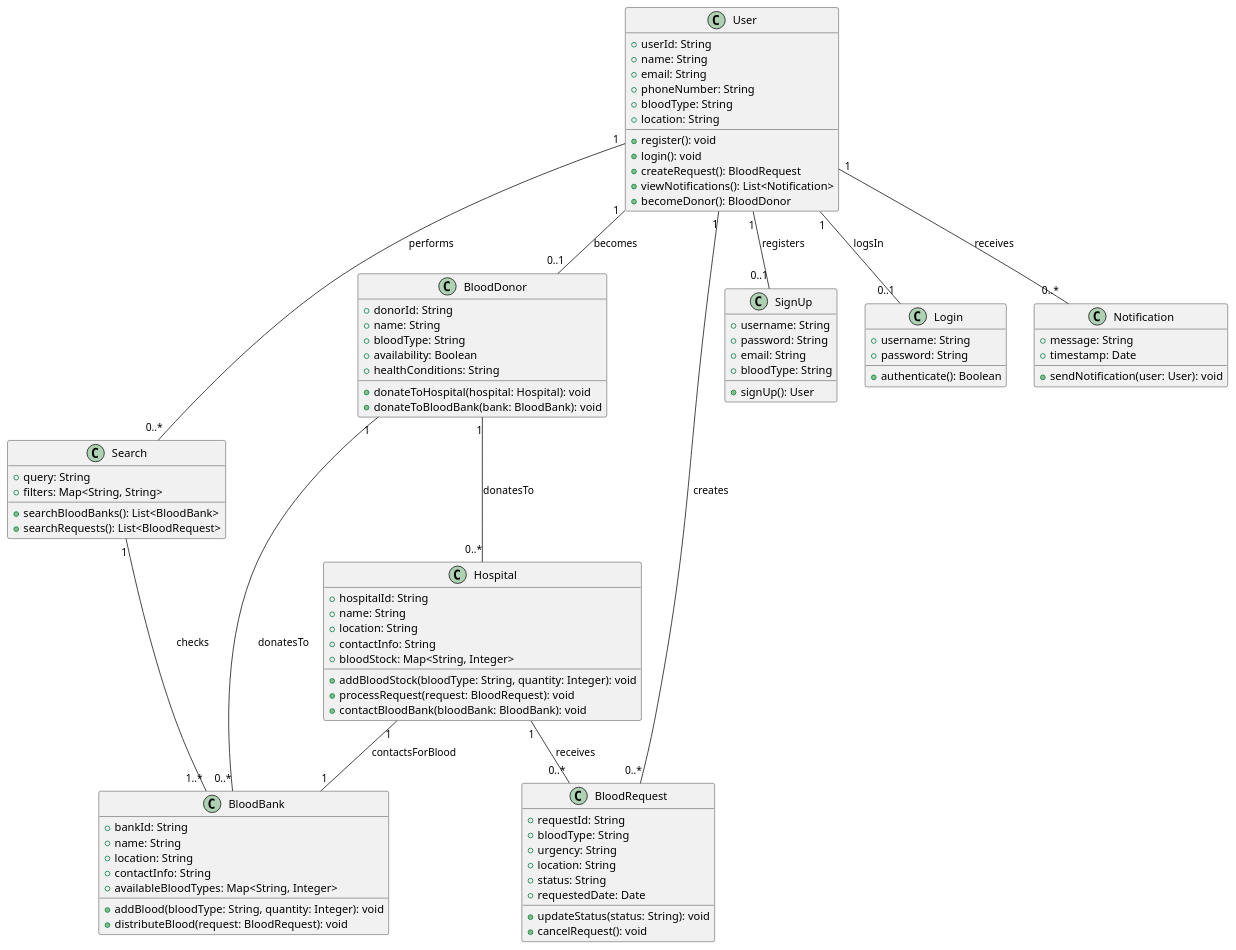
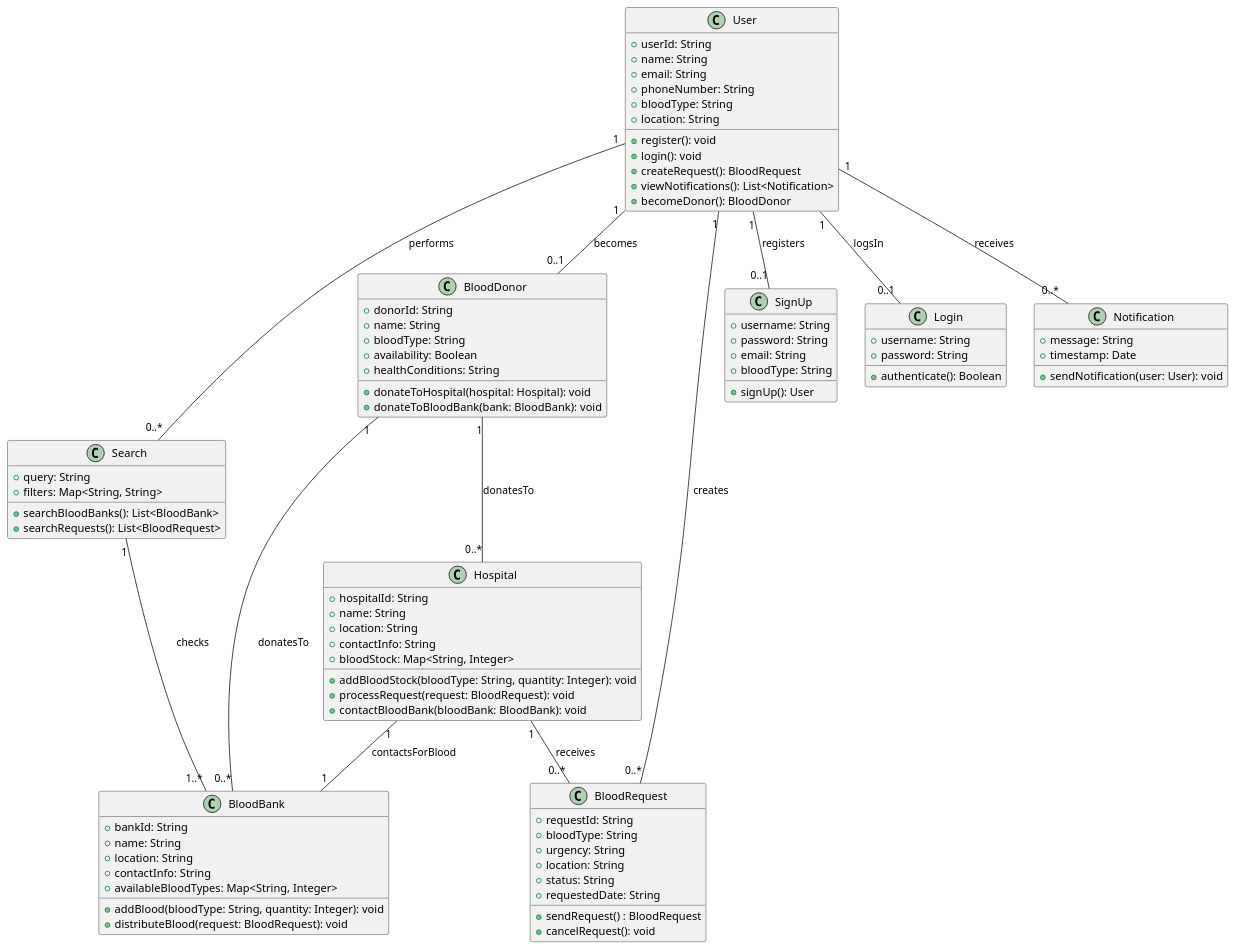
Before and after one commit to MeryAmr/BloodConnect: the diagram in docs/diagrams/class_diagram.puml, drawn with PlantUML. The commit also changed 2 other files, not shown here.

Commit message:
added ERD

```diff
--- a/docs/diagrams/class_diagram.puml
+++ b/docs/diagrams/class_diagram.puml
@@ -1,98 +1,98 @@
 @startuml
 
 class User {
     +userId: String
     +name: String
     +email: String
     +phoneNumber: String
     +bloodType: String
     +location: String
     +register(): void
     +login(): void
     +createRequest(): BloodRequest
     +viewNotifications(): List<Notification>
     +becomeDonor(): BloodDonor
 }
 
 class Search {
     +query: String
     +filters: Map<String, String>
     +searchBloodBanks(): List<BloodBank>
     +searchRequests(): List<BloodRequest>
 }
 
 class SignUp {
     +username: String
     +password: String
     +email: String
     +bloodType: String
     +signUp(): User
 }
 
 class Login {
     +username: String
     +password: String
     +authenticate(): Boolean
 }
 
 class BloodRequest {
     +requestId: String
     +bloodType: String
     +urgency: String
     +location: String
     +status: String
-    +requestedDate: Date
-    +updateStatus(status: String): void
+    +requestedDate: String
+    +sendRequest() : BloodRequest
     +cancelRequest(): void
 }
 
 class BloodDonor {
     +donorId: String
     +name: String
     +bloodType: String
     +availability: Boolean
     +healthConditions: String
     +donateToHospital(hospital: Hospital): void
     +donateToBloodBank(bank: BloodBank): void
 }
 
 class Hospital {
     +hospitalId: String
     +name: String
     +location: String
     +contactInfo: String
     +bloodStock: Map<String, Integer>
     +addBloodStock(bloodType: String, quantity: Integer): void
     +processRequest(request: BloodRequest): void
     +contactBloodBank(bloodBank: BloodBank): void
 }
 
 class BloodBank {
     +bankId: String
     +name: String
     +location: String
     +contactInfo: String
     +availableBloodTypes: Map<String, Integer>
     +addBlood(bloodType: String, quantity: Integer): void
     +distributeBlood(request: BloodRequest): void
 }
 
 class Notification {
     +message: String
     +timestamp: Date
     +sendNotification(user: User): void
 }
 
 User "1" -- "0..*" Search : performs
 Search "1" -- "1..*" BloodBank : checks
 User "1" -- "0..1" SignUp : registers
 User "1" -- "0..1" Login : logsIn
 User "1" -- "0..*" BloodRequest : creates
 User "1" -- "0..*" Notification : receives
 User "1" -- "0..1" BloodDonor : becomes
 BloodDonor "1" -- "0..*" Hospital : donatesTo
 BloodDonor "1" -- "0..*" BloodBank : donatesTo
 Hospital "1" -- "0..*" BloodRequest : receives
 Hospital "1" -- "1" BloodBank : contactsForBlood
 
 @enduml
```
